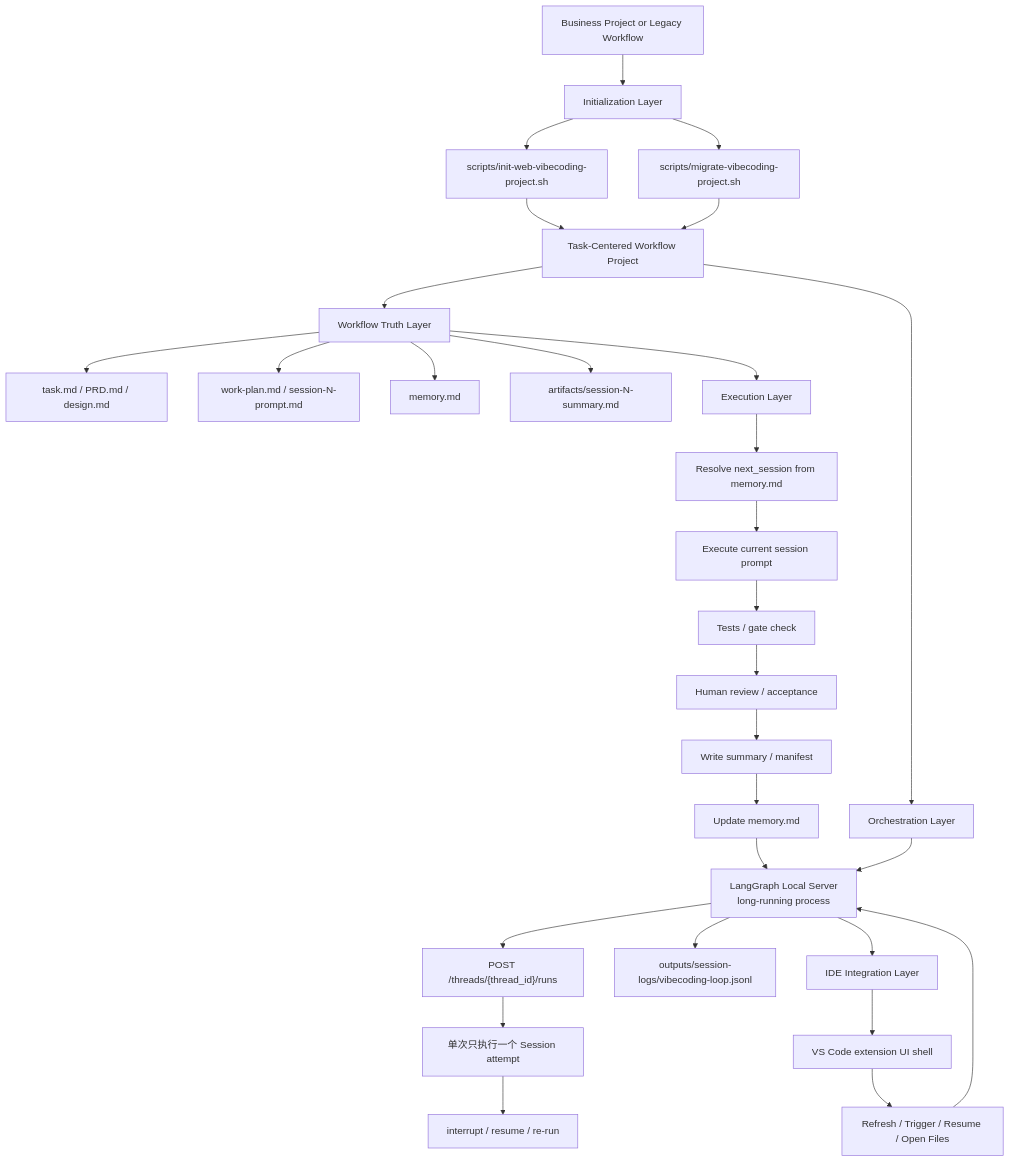
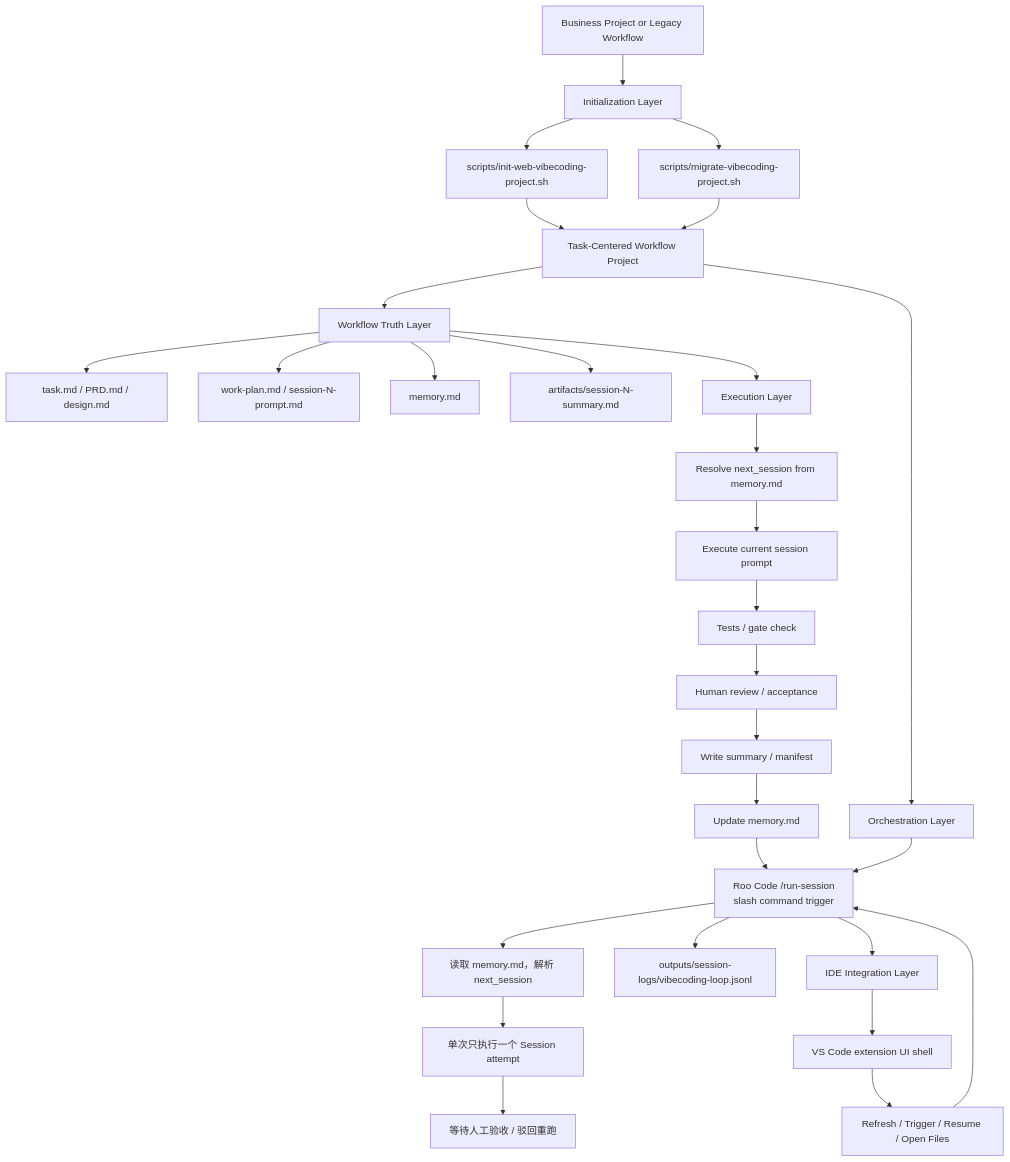
Before and after one commit to qi9zg202-source/vibecodingworkflow: the third of 6 diagrams in docs/workflow-standard.md, drawn with Mermaid. The commit also changed other lines of this file and 11 other files, not shown here.

````diff
--- a/docs/workflow-standard.md
+++ b/docs/workflow-standard.md
@@ -90,36 +90,36 @@
 ```mermaid
 flowchart TB
     A["Business Project or Legacy Workflow"] --> B["Initialization Layer"]
     B --> B1["scripts/init-web-vibecoding-project.sh"]
     B --> B2["scripts/migrate-vibecoding-project.sh"]
 
     B1 --> C["Task-Centered Workflow Project"]
     B2 --> C
 
     C --> D["Workflow Truth Layer"]
     D --> D1["task.md / PRD.md / design.md"]
     D --> D2["work-plan.md / session-N-prompt.md"]
     D --> D3["memory.md"]
     D --> D4["artifacts/session-N-summary.md"]
 
     C --> E["Orchestration Layer"]
-    E --> E1["LangGraph Local Server\nlong-running process"]
-    E1 --> E2["POST /threads/{thread_id}/runs"]
+    E --> E1["Roo Code /run-session\nslash command trigger"]
+    E1 --> E2["读取 memory.md，解析 next_session"]
     E2 --> E3["单次只执行一个 Session attempt"]
-    E3 --> E4["interrupt / resume / re-run"]
+    E3 --> E4["等待人工验收 / 驳回重跑"]
     E1 --> E5["outputs/session-logs/vibecoding-loop.jsonl"]
 
     D --> F["Execution Layer"]
     F --> F1["Resolve next_session from memory.md"]
     F1 --> F2["Execute current session prompt"]
     F2 --> F3["Tests / gate check"]
     F3 --> F4["Human review / acceptance"]
     F4 --> F5["Write summary / manifest"]
     F5 --> F6["Update memory.md"]
     F6 --> E1
 
     E1 --> G["IDE Integration Layer"]
     G --> G1["VS Code extension UI shell"]
     G1 --> G2["Refresh / Trigger / Resume / Open Files"]
     G2 --> E1
 ```
````
